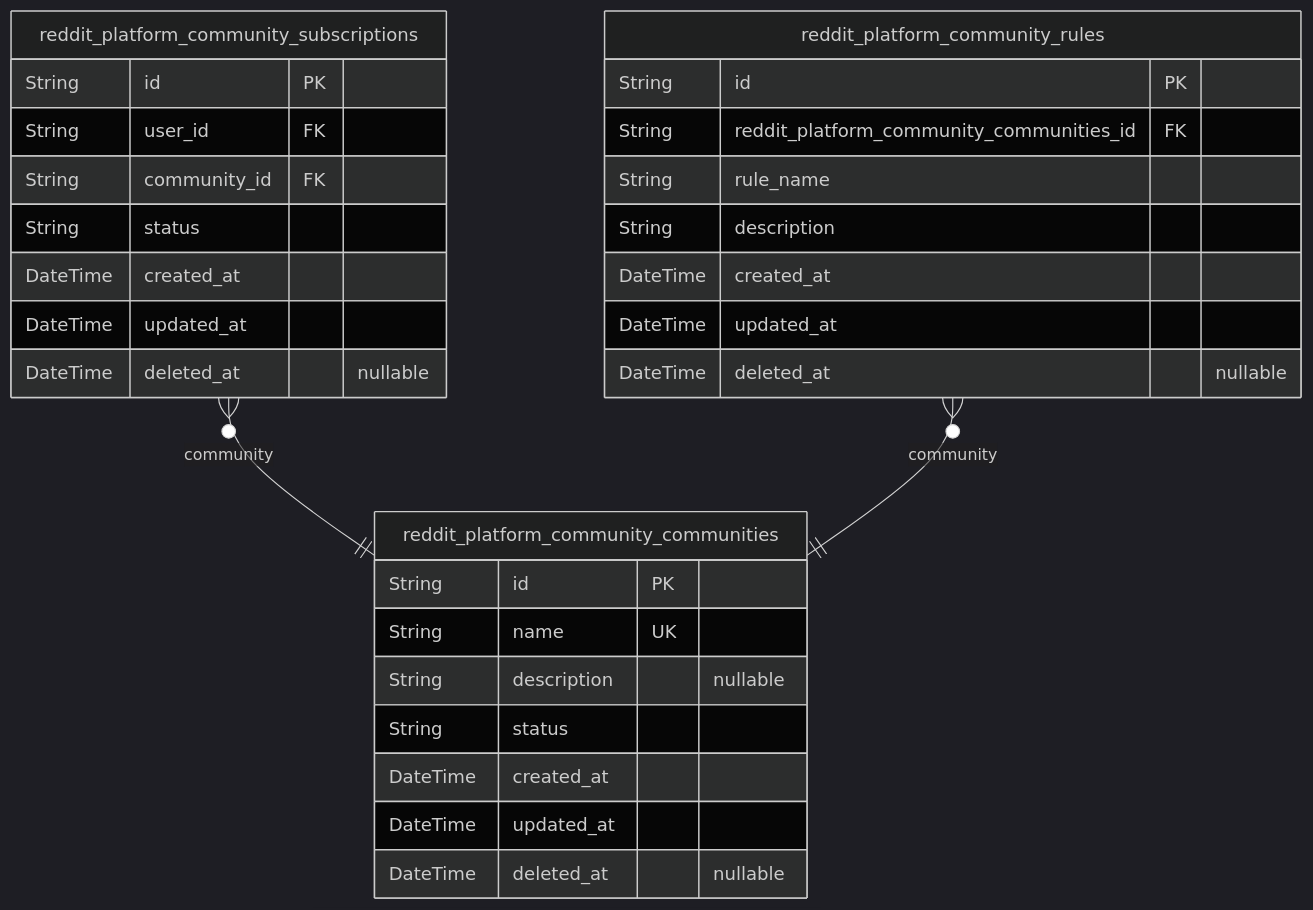
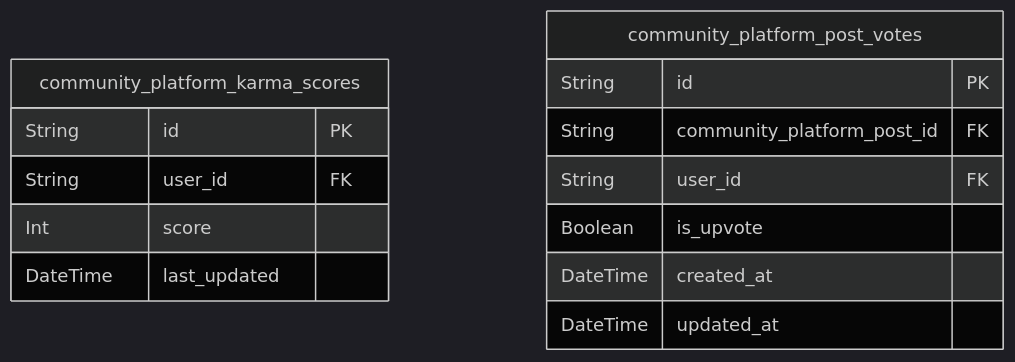
One commit to wrtnlabs/autobe-examples changed the fourth of 8 diagrams in qwen/qwen3-30b-a3b-thinking-2507/reddit/docs/ERD.md. Above: the diagram before and after it, drawn with Mermaid (dark theme). The commit also changed other lines of this file and 9391 other files, not shown here.

````diff
--- a/qwen/qwen3-30b-a3b-thinking-2507/reddit/docs/ERD.md
+++ b/qwen/qwen3-30b-a3b-thinking-2507/reddit/docs/ERD.md
@@ -457,32 +428,17 @@
 ```mermaid
 erDiagram
-"reddit_platform_community_subscriptions" {
+"community_platform_karma_scores" {
   String id PK
   String user_id FK
-  String community_id FK
-  String status
+  Int score
+  DateTime last_updated
+}
+"community_platform_post_votes" {
+  String id PK
+  String community_platform_post_id FK
+  String user_id FK
+  Boolean is_upvote
   DateTime created_at
   DateTime updated_at
-  DateTime deleted_at "nullable"
 }
-"reddit_platform_community_rules" {
-  String id PK
-  String reddit_platform_community_communities_id FK
-  String rule_name
-  String description
-  DateTime created_at
-  DateTime updated_at
-  DateTime deleted_at "nullable"
-}
-"reddit_platform_community_communities" {
-  String id PK
-  String name UK
-  String description "nullable"
-  String status
-  DateTime created_at
-  DateTime updated_at
-  DateTime deleted_at "nullable"
-}
-"reddit_platform_community_subscriptions" }o--|| "reddit_platform_community_communities" : community
-"reddit_platform_community_rules" }o--|| "reddit_platform_community_communities" : community
 ```
````
